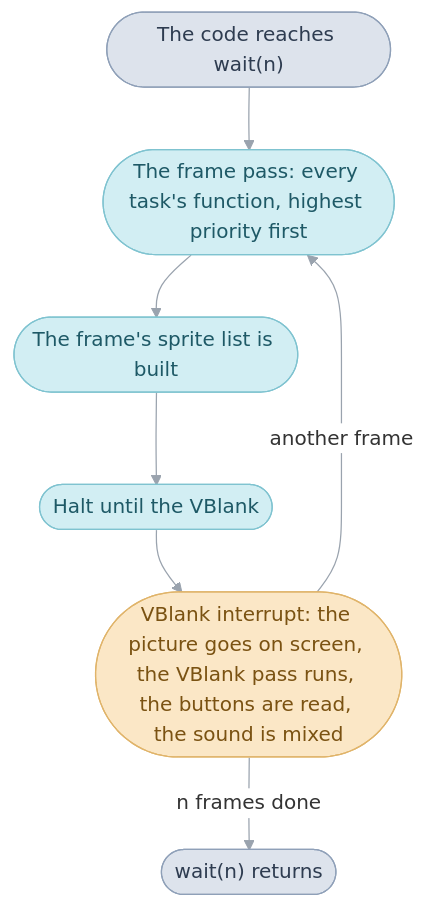
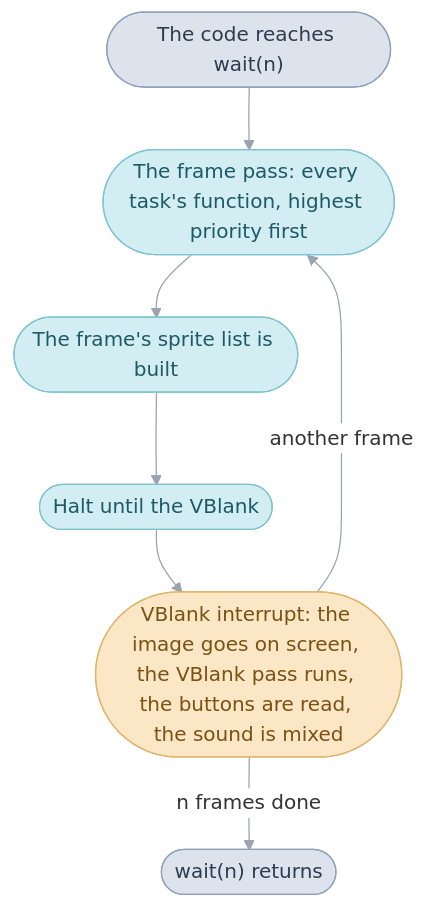
Before and after one commit to PascalPixel/alchemy: the third of 5 diagrams in games/tbs/system.md, drawn with Mermaid. The commit also changed other lines of this file and 1 other file, not shown here.

````diff
--- a/games/tbs/system.md
+++ b/games/tbs/system.md
@@ -226,16 +224,16 @@
 ```mermaid
 %%{init: {"theme": "base", "themeVariables": {"lineColor": "#9AA3AE", "edgeLabelBackground": "#FFFFFF"}, "flowchart": {"curve": "basis", "padding": 12}}}%%
 flowchart TD
   call(["The code reaches wait(n)"]) --> tasks(["The frame pass: every task's function, highest priority first"])
   tasks --> sprites(["The frame's sprite list is built"])
   sprites --> halt(["Halt until the VBlank"])
-  halt --> vblank(["VBlank interrupt: the picture goes on screen, the VBlank pass runs, the buttons are read, the sound is mixed"])
+  halt --> vblank(["VBlank interrupt: the image goes on screen, the VBlank pass runs, the buttons are read, the sound is mixed"])
   vblank -- "another frame" --> tasks
   vblank -- "n frames done" --> back(["wait(n) returns"])
   classDef code fill:#DDE3EC,stroke:#8FA0B8,color:#2E3C50
   classDef frame fill:#D2EEF3,stroke:#7FC3D0,color:#1E5966
   classDef hardware fill:#FBE7C6,stroke:#E0B46A,color:#7A5212
   class call,back code
   class tasks,sprites,halt frame
   class vblank hardware
 ```
````
